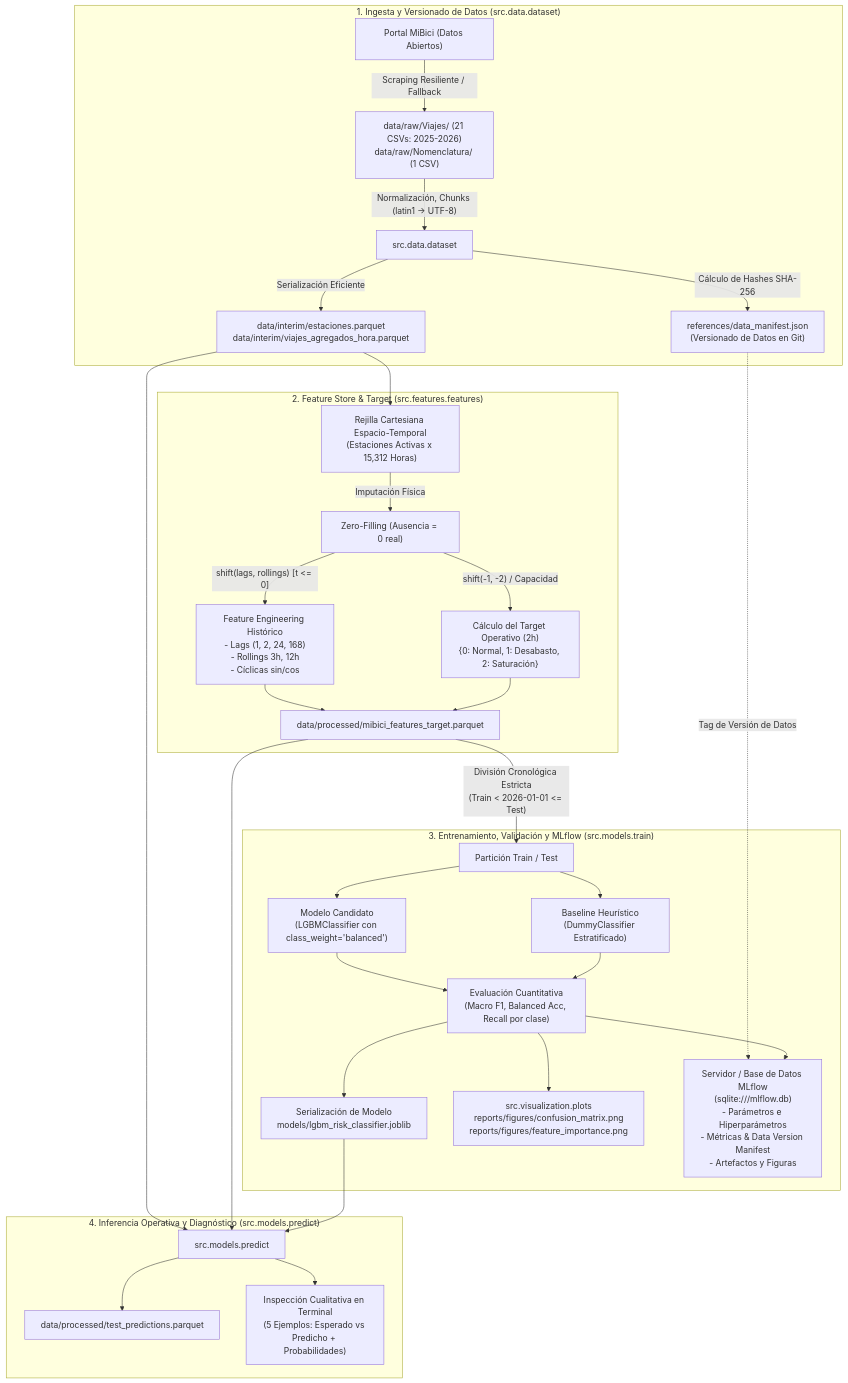
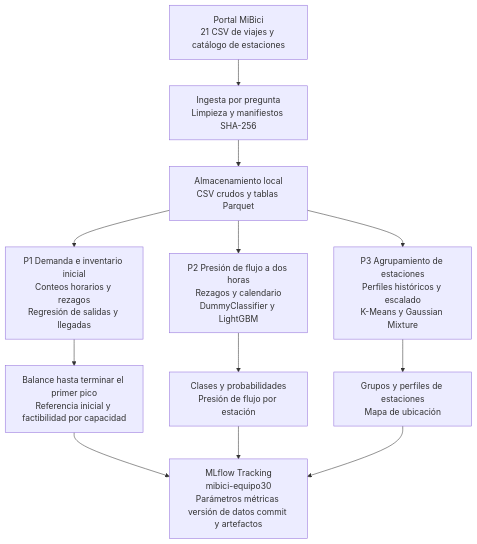
Before and after one commit to Diegob059/MLOps_Equipo30: the diagram in references/architecture_diagram.md, drawn with Mermaid. The commit also changed other lines of this file and 5 other files, not shown here.

````diff
--- a/references/architecture_diagram.md
+++ b/references/architecture_diagram.md
@@ -9,38 +9,14 @@
 ```mermaid
 flowchart TD
-    subgraph S1["1. Ingesta y Versionado de Datos (src.data.dataset)"]
-        A["Portal MiBici (Datos Abiertos)"] -->|"Scraping Resiliente / Fallback"| B["data/raw/Viajes/ (21 CSVs: 2025-2026)<br/>data/raw/Nomenclatura/ (1 CSV)"]
-        B -->|"Normalización, Chunks (latin1 -> UTF-8)"| C["src.data.dataset"]
-        C -->|"Serialización Eficiente"| D["data/interim/estaciones.parquet<br/>data/interim/viajes_agregados_hora.parquet"]
-        C -->|"Cálculo de Hashes SHA-256"| E["references/data_manifest.json<br/>(Versionado de Datos en Git)"]
-    end
-
-    subgraph S2["2. Feature Store & Target (src.features.features)"]
-        D --> F["Rejilla Cartesiana Espacio-Temporal<br/>(Estaciones Activas x 15,312 Horas)"]
-        F -->|"Imputación Física"| G["Zero-Filling (Ausencia = 0 real)"]
-        G -->|"shift(-1, -2) / Capacidad"| H["Cálculo del Target Operativo (2h)<br/>{0: Normal, 1: Desabasto, 2: Saturación}"]
-        G -->|"shift(lags, rollings) [t <= 0]"| I["Feature Engineering Histórico<br/>- Lags (1, 2, 24, 168)<br/>- Rollings 3h, 12h<br/>- Cíclicas sin/cos"]
-        H --> J["data/processed/mibici_features_target.parquet"]
-        I --> J
-    end
-
-    subgraph S3["3. Entrenamiento, Validación y MLflow (src.models.train)"]
-        J -->|"División Cronológica Estricta<br/>(Train < 2026-01-01 <= Test)"| K["Partición Train / Test"]
-        K --> L["Baseline Heurístico<br/>(DummyClassifier Estratificado)"]
-        K --> M["Modelo Candidato<br/>(LGBMClassifier con class_weight='balanced')"]
-        L --> N["Evaluación Cuantitativa<br/>(Macro F1, Balanced Acc, Recall por clase)"]
-        M --> N
-        N --> O["Serialización de Modelo<br/>models/lgbm_risk_classifier.joblib"]
-        N --> P["src.visualization.plots<br/>reports/figures/confusion_matrix.png<br/>reports/figures/feature_importance.png"]
-        N --> Q["Servidor / Base de Datos MLflow<br/>(sqlite:///mlflow.db)<br/>- Parámetros e Hiperparámetros<br/>- Métricas & Data Version Manifest<br/>- Artefactos y Figuras"]
-        E -.->|"Tag de Versión de Datos"| Q
-    end
-
-    subgraph S4["4. Inferencia Operativa y Diagnóstico (src.models.predict)"]
-        O --> R["src.models.predict"]
-        J --> R
-        D --> R
-        R --> S["data/processed/test_predictions.parquet"]
-        R --> T["Inspección Cualitativa en Terminal<br/>(5 Ejemplos: Esperado vs Predicho + Probabilidades)"]
-    end
+    A["Portal MiBici<br/>21 CSV de viajes y catálogo de estaciones"] --> B["Ingesta por pregunta<br/>Limpieza y manifiestos SHA-256"]
+    B --> C["Almacenamiento local<br/>CSV crudos y tablas Parquet"]
+    C --> D["P1 Demanda e inventario inicial<br/>Conteos horarios y rezagos<br/>Regresión de salidas y llegadas"]
+    C --> E["P2 Presión de flujo a dos horas<br/>Rezagos y calendario<br/>DummyClassifier y LightGBM"]
+    C --> F["P3 Agrupamiento de estaciones<br/>Perfiles históricos y escalado<br/>K-Means y Gaussian Mixture"]
+    D --> G["Balance hasta terminar el primer pico<br/>Referencia inicial y factibilidad por capacidad"]
+    E --> H["Clases y probabilidades<br/>Presión de flujo por estación"]
+    F --> I["Grupos y perfiles de estaciones<br/>Mapa de ubicación"]
+    G --> J["MLflow Tracking<br/>mibici-equipo30<br/>Parámetros métricas versión de datos commit y artefactos"]
+    H --> J
+    I --> J
 ```
````
